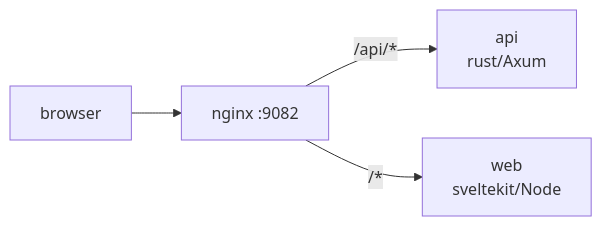
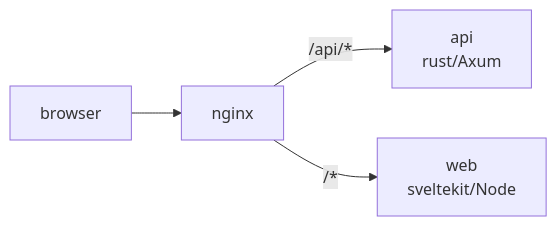
The diagram in README.md (remeliah/osrx), drawn with Mermaid before and after one commit. The commit also changed 1 other file, not shown here.

Commit message:
fix: show footer if !replay

````diff
--- a/README.md
+++ b/README.md
@@ -51,6 +51,6 @@
 ```mermaid
 graph LR
-    browser[browser] --> nginx[nginx :9082]
+    browser[browser] --> nginx[nginx]
     nginx --> |/api/*| api[api<br/>rust/Axum]
     nginx --> |/*| web[web<br/>sveltekit/Node]
 ```
````
